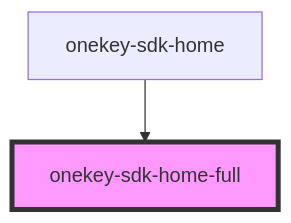
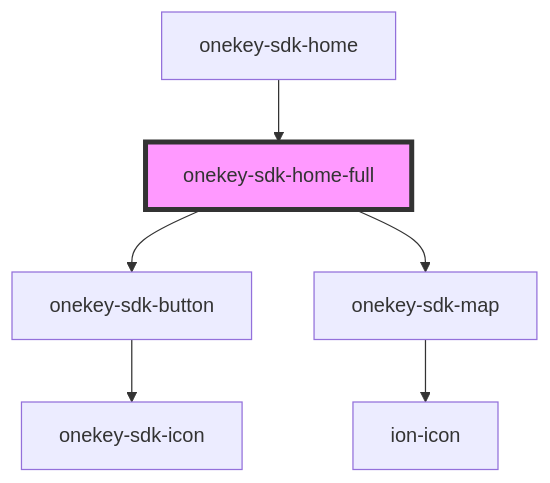
Before and after one commit to hcl-sdk/HealthCareLocatorWebSDK: the diagram in packages/onekey-sdk-core-ui/docs/components/screens/onekey-sdk-home/onekey-sdk-home-full/readme.md, drawn with Mermaid. The commit also changed other lines of this file and 8 other files, not shown here.

````diff
--- a/packages/onekey-sdk-core-ui/docs/components/screens/onekey-sdk-home/onekey-sdk-home-full/readme.md
+++ b/packages/onekey-sdk-core-ui/docs/components/screens/onekey-sdk-home/onekey-sdk-home-full/readme.md
@@ -22,5 +20,9 @@
 ```mermaid
 graph TD;
+  onekey-sdk-home-full --> onekey-sdk-button
+  onekey-sdk-home-full --> onekey-sdk-map
+  onekey-sdk-button --> onekey-sdk-icon
+  onekey-sdk-map --> ion-icon
   onekey-sdk-home --> onekey-sdk-home-full
   style onekey-sdk-home-full fill:#f9f,stroke:#333,stroke-width:4px
 ```
````
